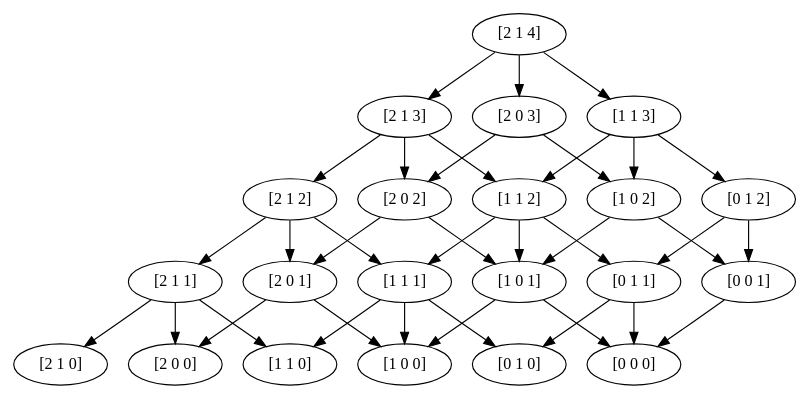
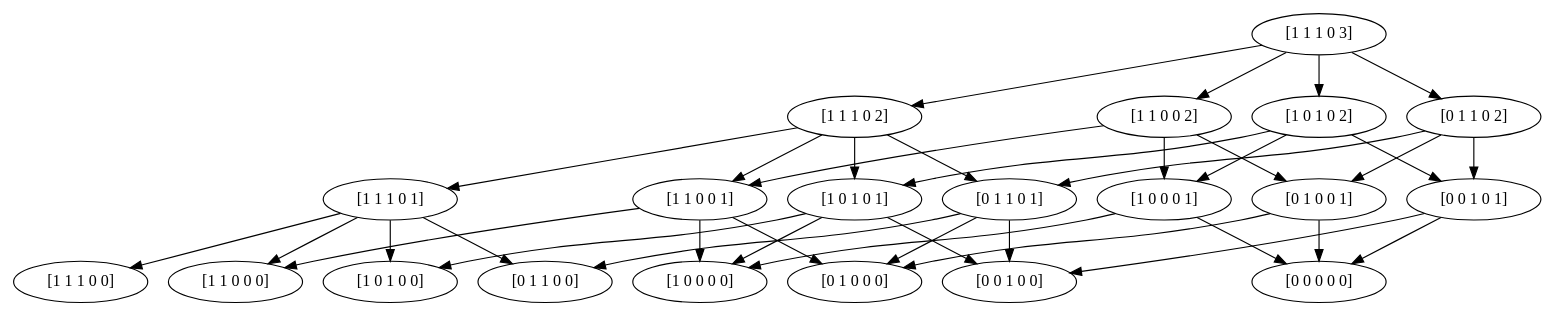
The diagram in test.dot (rb4k/DP-RM-with-storage), drawn with Graphviz before and after one commit. The commit also changed 15 other files, not shown here.

```diff
--- a/test.dot
+++ b/test.dot
@@ -1,339 +1,299 @@
 digraph  {
 	node [label="\N"];
-	0	 [capacity="[2 1]",
-		label="[2 1 0]",
+	0	 [capacity="[1 1 1 0]",
+		label="[1 1 1 0 0]",
 		time=0,
 		value=0.0];
-	1	 [capacity="[2 1]",
-		label="[2 1 1]",
+	1	 [capacity="[1 1 1 0]",
+		label="[1 1 1 0 1]",
 		time=1,
-		value=70.0];
+		value=120.0];
 	1 -> 0 [key=0,
-	goal="[2 1 0]",
-	not_best_politic=True,
+	goal="[1 1 1 0 0]",
 	revenue=0,
 	time=1,
 	weight=0,
 	weight_goal=0.0];
-5 [capacity="[2 0]",
-	label="[2 0 0]",
+4 [capacity="[1 1 0 0]",
+	label="[1 1 0 0 0]",
 	time=0,
 	value=0.0];
-1 -> 5 [key=2,
-goal="[2 0 0]",
-not_best_politic=True,
+1 -> 4 [key=1,
+goal="[1 1 0 0 0]",
+revenue=100,
+time=1,
+weight=100.0,
+weight_goal=0.0];
+8 [capacity="[1 0 1 0]",
+label="[1 0 1 0 0]",
+time=0,
+value=0.0];
+1 -> 8 [key=2,
+goal="[1 0 1 0 0]",
 revenue=200,
 time=1,
 weight=200.0,
 weight_goal=0.0];
-10 [capacity="[1 1]",
-label="[1 1 0]",
+16 [capacity="[0 1 1 0]",
+label="[0 1 1 0 0]",
 time=0,
 value=0.0];
-1 -> 10 [key=1,
-goal="[1 1 0]",
-not_best_politic=False,
+1 -> 16 [key=1,
+goal="[0 1 1 0 0]",
 revenue=100,
 time=1,
 weight=100.0,
 weight_goal=0.0];
-2 [capacity="[2 1]",
-label="[2 1 2]",
+2 [capacity="[1 1 1 0]",
+label="[1 1 1 0 2]",
 time=2,
-value=138.0];
+value=188.0];
 2 -> 1 [key=0,
-goal="[2 1 1]",
-not_best_politic=True,
+goal="[1 1 1 0 1]",
+revenue=0,
+time=2,
+weight=2,
+weight_goal=120.0];
+5 [capacity="[1 1 0 0]",
+label="[1 1 0 0 1]",
+time=1,
+value=70.0];
+2 -> 5 [key=1,
+goal="[1 1 0 0 1]",
+revenue=100,
+time=2,
+weight=50.0,
+weight_goal=70.0];
+9 [capacity="[1 0 1 0]",
+label="[1 0 1 0 1]",
+time=1,
+value=100.0];
+2 -> 9 [key=2,
+goal="[1 0 1 0 1]",
+revenue=200,
+time=2,
+weight=180.0,
+weight_goal=100.0];
+17 [capacity="[0 1 1 0]",
+label="[0 1 1 0 1]",
+time=1,
+value=70.0];
+2 -> 17 [key=1,
+goal="[0 1 1 0 1]",
+revenue=100,
+time=2,
+weight=50.0,
+weight_goal=70.0];
+3 [capacity="[1 1 1 0]",
+label="[1 1 1 0 3]",
+time=3,
+value=229.203];
+3 -> 2 [key=0,
+goal="[1 1 1 0 2]",
+revenue=0,
+time=3,
+weight=2,
+weight_goal=188.0];
+6 [capacity="[1 1 0 0]",
+label="[1 1 0 0 2]",
+time=2,
+value=113.0];
+3 -> 6 [key=1,
+goal="[1 1 0 0 2]",
+revenue=100,
+time=3,
+weight=25.0,
+weight_goal=113.0];
+10 [capacity="[1 0 1 0]",
+label="[1 0 1 0 2]",
+time=2,
+value=150.0];
+3 -> 10 [key=2,
+goal="[1 0 1 0 2]",
+revenue=200,
+time=3,
+weight=162.0,
+weight_goal=150.0];
+18 [capacity="[0 1 1 0]",
+label="[0 1 1 0 2]",
+time=2,
+value=113.0];
+3 -> 18 [key=1,
+goal="[0 1 1 0 2]",
+revenue=100,
+time=3,
+weight=25.0,
+weight_goal=113.0];
+5 -> 4 [key=0,
+goal="[1 1 0 0 0]",
+revenue=0,
+time=1,
+weight=0,
+weight_goal=0.0];
+12 [capacity="[1 0 0 0]",
+label="[1 0 0 0 0]",
+time=0,
+value=0.0];
+5 -> 12 [key=2,
+goal="[1 0 0 0 0]",
+revenue=200,
+time=1,
+weight=200.0,
+weight_goal=0.0];
+20 [capacity="[0 1 0 0]",
+label="[0 1 0 0 0]",
+time=0,
+value=0.0];
+5 -> 20 [key=1,
+goal="[0 1 0 0 0]",
+revenue=100,
+time=1,
+weight=100.0,
+weight_goal=0.0];
+6 -> 5 [key=0,
+goal="[1 1 0 0 1]",
 revenue=0,
 time=2,
 weight=2,
 weight_goal=70.0];
-6 [capacity="[2 0]",
-label="[2 0 1]",
+13 [capacity="[1 0 0 0]",
+label="[1 0 0 0 1]",
 time=1,
 value=50.0];
-2 -> 6 [key=2,
-goal="[2 0 1]",
-not_best_politic=False,
+6 -> 13 [key=2,
+goal="[1 0 0 0 1]",
 revenue=200,
 time=2,
 weight=180.0,
 weight_goal=50.0];
-11 [capacity="[1 1]",
-label="[1 1 1]",
+21 [capacity="[0 1 0 0]",
+label="[0 1 0 0 1]",
 time=1,
-value=70.0];
-2 -> 11 [key=1,
-goal="[1 1 1]",
-not_best_politic=True,
+value=20.0];
+6 -> 21 [key=1,
+goal="[0 1 0 0 1]",
 revenue=100,
 time=2,
-weight=100.0,
-weight_goal=70.0];
-3 [capacity="[2 1]",
-label="[2 1 3]",
-time=3,
-value=191.688];
-3 -> 2 [key=0,
-goal="[2 1 2]",
-not_best_politic=True,
-revenue=0,
-time=3,
-weight=2,
-weight_goal=138.0];
-7 [capacity="[2 0]",
-label="[2 0 2]",
-time=2,
-value=100.0];
-3 -> 7 [key=2,
-goal="[2 0 2]",
-not_best_politic=False,
-revenue=200,
-time=3,
-weight=162.0,
-weight_goal=100.0];
-12 [capacity="[1 1]",
-label="[1 1 2]",
-time=2,
-value=113.0];
-3 -> 12 [key=1,
-goal="[1 1 2]",
-not_best_politic=True,
-revenue=100,
-time=3,
-weight=75.0,
-weight_goal=113.0];
-4 [capacity="[2 1]",
-label="[2 1 4]",
-time=4,
-value=231.25];
-4 -> 3 [key=0,
-goal="[2 1 3]",
-not_best_politic=True,
-revenue=0,
-time=4,
-weight=2,
-weight_goal=191.688];
-8 [capacity="[2 0]",
-label="[2 0 3]",
-time=3,
-value=137.5];
-4 -> 8 [key=2,
-goal="[2 0 3]",
-not_best_politic=False,
-revenue=200,
-time=4,
-weight=145.812,
-weight_goal=137.5];
-13 [capacity="[1 1]",
-label="[1 1 3]",
-time=3,
-value=141.703];
-4 -> 13 [key=1,
-goal="[1 1 3]",
-not_best_politic=True,
-revenue=100,
-time=4,
-weight=50.0156,
-weight_goal=141.703];
-6 -> 5 [key=0,
-goal="[2 0 0]",
-not_best_politic=True,
+weight=50.0,
+weight_goal=20.0];
+9 -> 8 [key=0,
+goal="[1 0 1 0 0]",
 revenue=0,
 time=1,
 weight=0,
 weight_goal=0.0];
-15 [capacity="[1 0]",
-label="[1 0 0]",
-time=0,
-value=0.0];
-6 -> 15 [key=1,
-goal="[1 0 0]",
-not_best_politic=False,
+9 -> 12 [key=1,
+goal="[1 0 0 0 0]",
 revenue=100,
 time=1,
 weight=100.0,
 weight_goal=0.0];
-7 -> 6 [key=0,
-goal="[2 0 1]",
-not_best_politic=False,
+24 [capacity="[0 0 1 0]",
+label="[0 0 1 0 0]",
+time=0,
+value=0.0];
+9 -> 24 [key=1,
+goal="[0 0 1 0 0]",
+revenue=100,
+time=1,
+weight=100.0,
+weight_goal=0.0];
+10 -> 9 [key=0,
+goal="[1 0 1 0 1]",
 revenue=0,
 time=2,
 weight=1,
+weight_goal=100.0];
+10 -> 13 [key=1,
+goal="[1 0 0 0 1]",
+revenue=100,
+time=2,
+weight=50.0,
 weight_goal=50.0];
-16 [capacity="[1 0]",
-label="[1 0 1]",
+25 [capacity="[0 0 1 0]",
+label="[0 0 1 0 1]",
 time=1,
 value=50.0];
-7 -> 16 [key=1,
-goal="[1 0 1]",
-not_best_politic=True,
+10 -> 25 [key=1,
+goal="[0 0 1 0 1]",
 revenue=100,
 time=2,
-weight=100.0,
+weight=50.0,
 weight_goal=50.0];
-8 -> 7 [key=0,
-goal="[2 0 2]",
-not_best_politic=False,
-revenue=0,
-time=3,
-weight=1,
-weight_goal=100.0];
-17 [capacity="[1 0]",
-label="[1 0 2]",
-time=2,
-value=75.0];
-8 -> 17 [key=1,
-goal="[1 0 2]",
-not_best_politic=True,
-revenue=100,
-time=3,
-weight=75.0,
-weight_goal=75.0];
-11 -> 10 [key=0,
-goal="[1 1 0]",
-not_best_politic=True,
+13 -> 12 [key=0,
+goal="[1 0 0 0 0]",
 revenue=0,
 time=1,
 weight=0,
 weight_goal=0.0];
-11 -> 15 [key=2,
-goal="[1 0 0]",
-not_best_politic=True,
-revenue=200,
-time=1,
-weight=200.0,
-weight_goal=0.0];
-20 [capacity="[0 1]",
-label="[0 1 0]",
+28 [capacity="[0 0 0 0]",
+label="[0 0 0 0 0]",
 time=0,
 value=0.0];
-11 -> 20 [key=1,
-goal="[0 1 0]",
-not_best_politic=False,
-revenue=100,
-time=1,
-weight=100.0,
-weight_goal=0.0];
-12 -> 11 [key=0,
-goal="[1 1 1]",
-not_best_politic=True,
-revenue=0,
-time=2,
-weight=2,
-weight_goal=70.0];
-12 -> 16 [key=2,
-goal="[1 0 1]",
-not_best_politic=False,
-revenue=200,
-time=2,
-weight=180.0,
-weight_goal=50.0];
-21 [capacity="[0 1]",
-label="[0 1 1]",
-time=1,
-value=20.0];
-12 -> 21 [key=1,
-goal="[0 1 1]",
-not_best_politic=True,
-revenue=100,
-time=2,
-weight=50.0,
-weight_goal=20.0];
-13 -> 12 [key=0,
-goal="[1 1 2]",
-not_best_politic=True,
-revenue=0,
-time=3,
-weight=2,
-weight_goal=113.0];
-13 -> 17 [key=2,
-goal="[1 0 2]",
-not_best_politic=False,
-revenue=200,
-time=3,
-weight=162.0,
-weight_goal=75.0];
-22 [capacity="[0 1]",
-label="[0 1 2]",
-time=2,
-value=38.0];
-13 -> 22 [key=1,
-goal="[0 1 2]",
-not_best_politic=True,
-revenue=100,
-time=3,
-weight=25.0,
-weight_goal=38.0];
-16 -> 15 [key=0,
-goal="[1 0 0]",
-not_best_politic=True,
-revenue=0,
-time=1,
-weight=0,
-weight_goal=0.0];
-25 [capacity="[0 0]",
-label="[0 0 0]",
-time=0,
-value=0.0];
-16 -> 25 [key=1,
-goal="[0 0 0]",
-not_best_politic=False,
+13 -> 28 [key=1,
+goal="[0 0 0 0 0]",
 revenue=100,
 time=1,
 weight=100.0,
 weight_goal=0.0];
 17 -> 16 [key=0,
-goal="[1 0 1]",
-not_best_politic=False,
-revenue=0,
-time=2,
-weight=1,
-weight_goal=50.0];
-26 [capacity="[0 0]",
-label="[0 0 1]",
-time=1,
-value=0.0];
-17 -> 26 [key=1,
-goal="[0 0 1]",
-not_best_politic=True,
-revenue=100,
-time=2,
-weight=50.0,
-weight_goal=0.0];
-21 -> 20 [key=0,
-goal="[0 1 0]",
-not_best_politic=False,
+goal="[0 1 1 0 0]",
 revenue=0,
 time=1,
 weight=0,
 weight_goal=0.0];
-21 -> 25 [key=2,
-goal="[0 0 0]",
-not_best_politic=True,
+17 -> 20 [key=1,
+goal="[0 1 0 0 0]",
+revenue=100,
+time=1,
+weight=100.0,
+weight_goal=0.0];
+17 -> 24 [key=2,
+goal="[0 0 1 0 0]",
 revenue=200,
 time=1,
 weight=200.0,
 weight_goal=0.0];
-22 -> 21 [key=0,
-goal="[0 1 1]",
-not_best_politic=True,
+18 -> 17 [key=0,
+goal="[0 1 1 0 1]",
 revenue=0,
 time=2,
 weight=2,
+weight_goal=70.0];
+18 -> 21 [key=1,
+goal="[0 1 0 0 1]",
+revenue=100,
+time=2,
+weight=50.0,
 weight_goal=20.0];
-22 -> 26 [key=2,
-goal="[0 0 1]",
-not_best_politic=False,
+18 -> 25 [key=2,
+goal="[0 0 1 0 1]",
 revenue=200,
 time=2,
 weight=180.0,
-weight_goal=0.0];
-26 -> 25 [key=0,
-goal="[0 0 0]",
-not_best_politic=False,
+weight_goal=50.0];
+21 -> 20 [key=0,
+goal="[0 1 0 0 0]",
 revenue=0,
 time=1,
 weight=0,
 weight_goal=0.0];
+21 -> 28 [key=2,
+goal="[0 0 0 0 0]",
+revenue=200,
+time=1,
+weight=200.0,
+weight_goal=0.0];
+25 -> 24 [key=0,
+goal="[0 0 1 0 0]",
+revenue=0,
+time=1,
+weight=0,
+weight_goal=0.0];
+25 -> 28 [key=1,
+goal="[0 0 0 0 0]",
+revenue=100,
+time=1,
+weight=100.0,
+weight_goal=0.0];
 }
```
